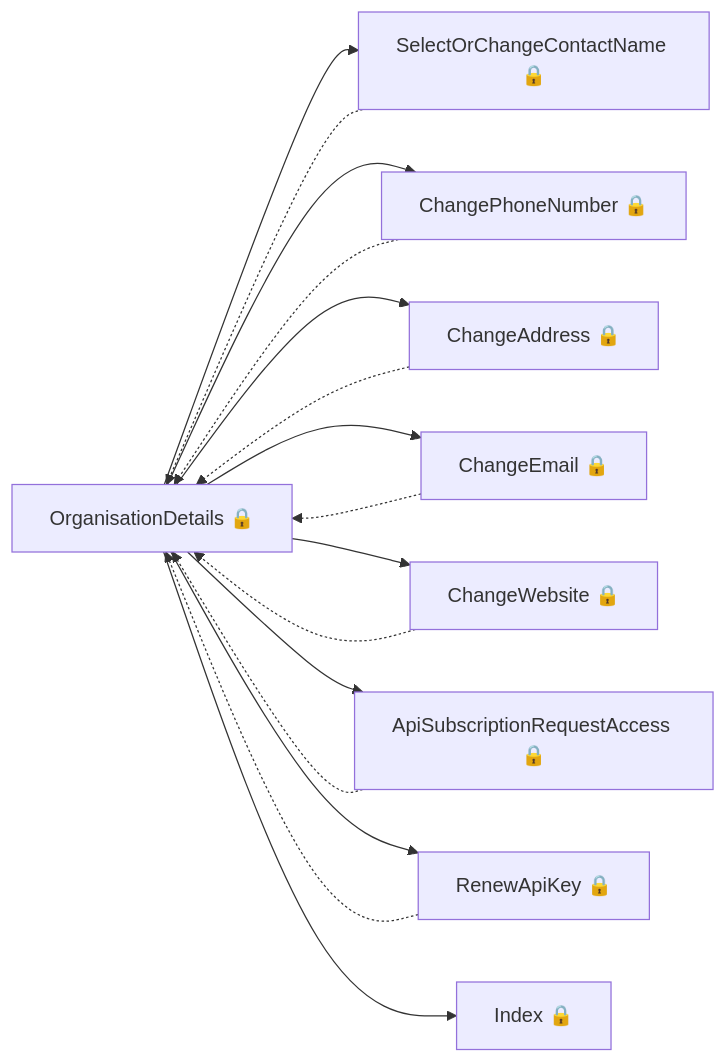
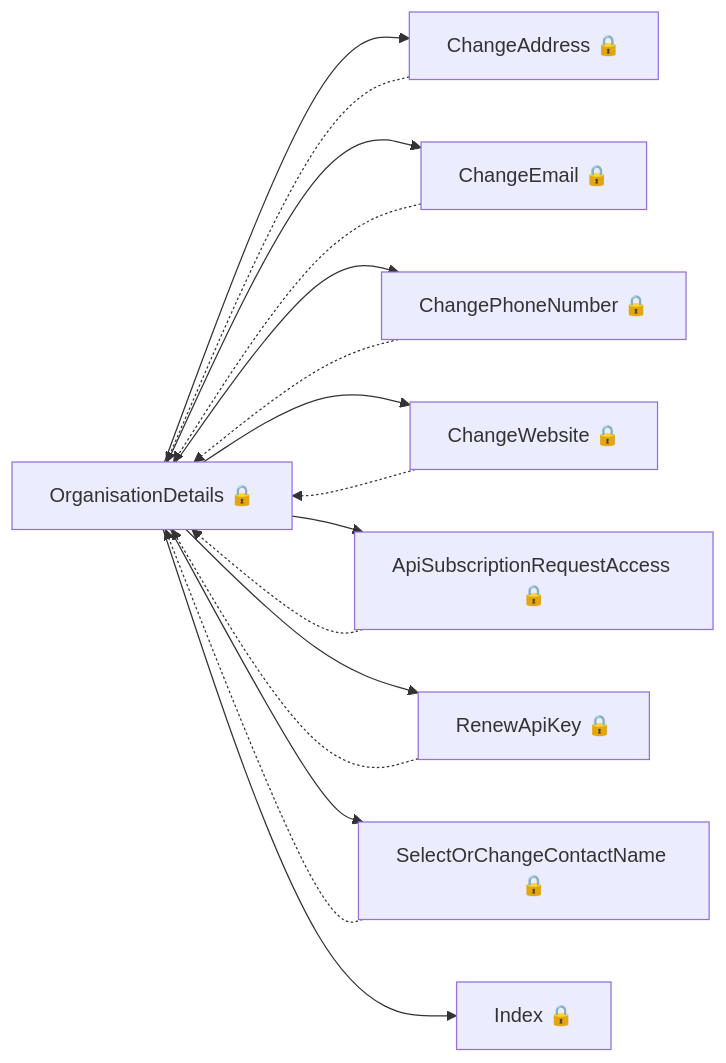
One commit to talentconsulting/atlas-dfe changed the second of 5 diagrams in das-assessor-service/user-journeys/user-journeys.md. Above: the diagram before and after it, drawn with Mermaid. The commit also changed other lines of this file and 1 other file, not shown here.

````diff
--- a/das-assessor-service/user-journeys/user-journeys.md
+++ b/das-assessor-service/user-journeys/user-journeys.md
@@ -23,18 +23,18 @@
 ```mermaid
 flowchart LR
-  p0["OrganisationDetails 🔒"] --> p1["SelectOrChangeContactName 🔒"]
-  p1["SelectOrChangeContactName 🔒"] -.-> p0["OrganisationDetails 🔒"]
-  p0["OrganisationDetails 🔒"] --> p2["ChangePhoneNumber 🔒"]
-  p2["ChangePhoneNumber 🔒"] -.-> p0["OrganisationDetails 🔒"]
-  p0["OrganisationDetails 🔒"] --> p3["ChangeAddress 🔒"]
-  p3["ChangeAddress 🔒"] -.-> p0["OrganisationDetails 🔒"]
-  p0["OrganisationDetails 🔒"] --> p4["ChangeEmail 🔒"]
-  p4["ChangeEmail 🔒"] -.-> p0["OrganisationDetails 🔒"]
-  p0["OrganisationDetails 🔒"] --> p5["ChangeWebsite 🔒"]
-  p5["ChangeWebsite 🔒"] -.-> p0["OrganisationDetails 🔒"]
-  p0["OrganisationDetails 🔒"] --> p6["ApiSubscriptionRequestAccess 🔒"]
-  p6["ApiSubscriptionRequestAccess 🔒"] -.-> p0["OrganisationDetails 🔒"]
-  p0["OrganisationDetails 🔒"] --> p7["RenewApiKey 🔒"]
-  p7["RenewApiKey 🔒"] -.-> p0["OrganisationDetails 🔒"]
+  p0["OrganisationDetails 🔒"] --> p1["ChangeAddress 🔒"]
+  p1["ChangeAddress 🔒"] -.-> p0["OrganisationDetails 🔒"]
+  p0["OrganisationDetails 🔒"] --> p2["ChangeEmail 🔒"]
+  p2["ChangeEmail 🔒"] -.-> p0["OrganisationDetails 🔒"]
+  p0["OrganisationDetails 🔒"] --> p3["ChangePhoneNumber 🔒"]
+  p3["ChangePhoneNumber 🔒"] -.-> p0["OrganisationDetails 🔒"]
+  p0["OrganisationDetails 🔒"] --> p4["ChangeWebsite 🔒"]
+  p4["ChangeWebsite 🔒"] -.-> p0["OrganisationDetails 🔒"]
+  p0["OrganisationDetails 🔒"] --> p5["ApiSubscriptionRequestAccess 🔒"]
+  p5["ApiSubscriptionRequestAccess 🔒"] -.-> p0["OrganisationDetails 🔒"]
+  p0["OrganisationDetails 🔒"] --> p6["RenewApiKey 🔒"]
+  p6["RenewApiKey 🔒"] -.-> p0["OrganisationDetails 🔒"]
+  p0["OrganisationDetails 🔒"] --> p7["SelectOrChangeContactName 🔒"]
+  p7["SelectOrChangeContactName 🔒"] -.-> p0["OrganisationDetails 🔒"]
   p0["OrganisationDetails 🔒"] --> p8["Index 🔒"]
 ```
````
